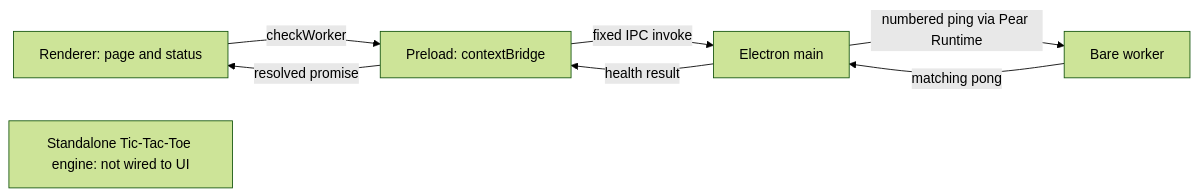
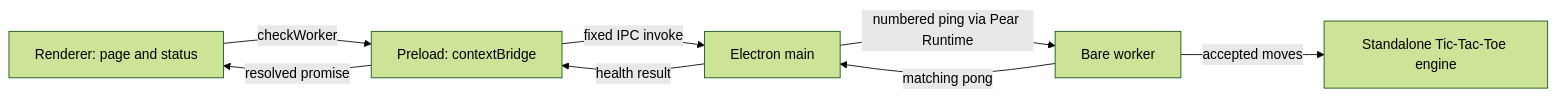
Before and after one commit to aliii-31/peerarcade: the diagram in docs/architecture.md, drawn with Mermaid (forest theme). The commit also changed other lines of this file and 4 other files, not shown here.

````diff
--- a/docs/architecture.md
+++ b/docs/architecture.md
@@ -8,10 +8,10 @@
 ```mermaid
 flowchart LR
     R[Renderer: page and status] -->|checkWorker| P[Preload: contextBridge]
     P -->|fixed IPC invoke| M[Electron main]
     M -->|numbered ping via Pear Runtime| B[Bare worker]
     B -->|matching pong| M
     M -->|health result| P
     P -->|resolved promise| R
-    G[Standalone Tic-Tac-Toe engine: not wired to UI]
+    B -->|accepted moves| G[Standalone Tic-Tac-Toe engine]
 ```
````
